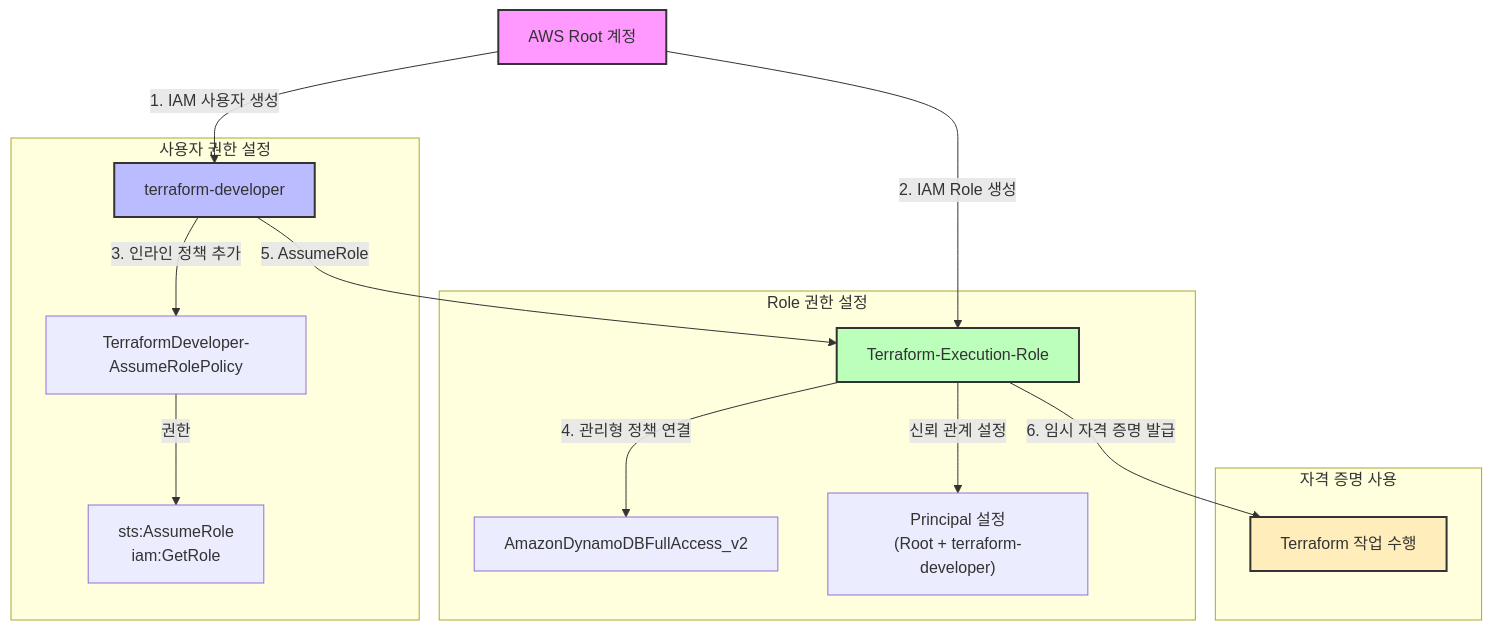
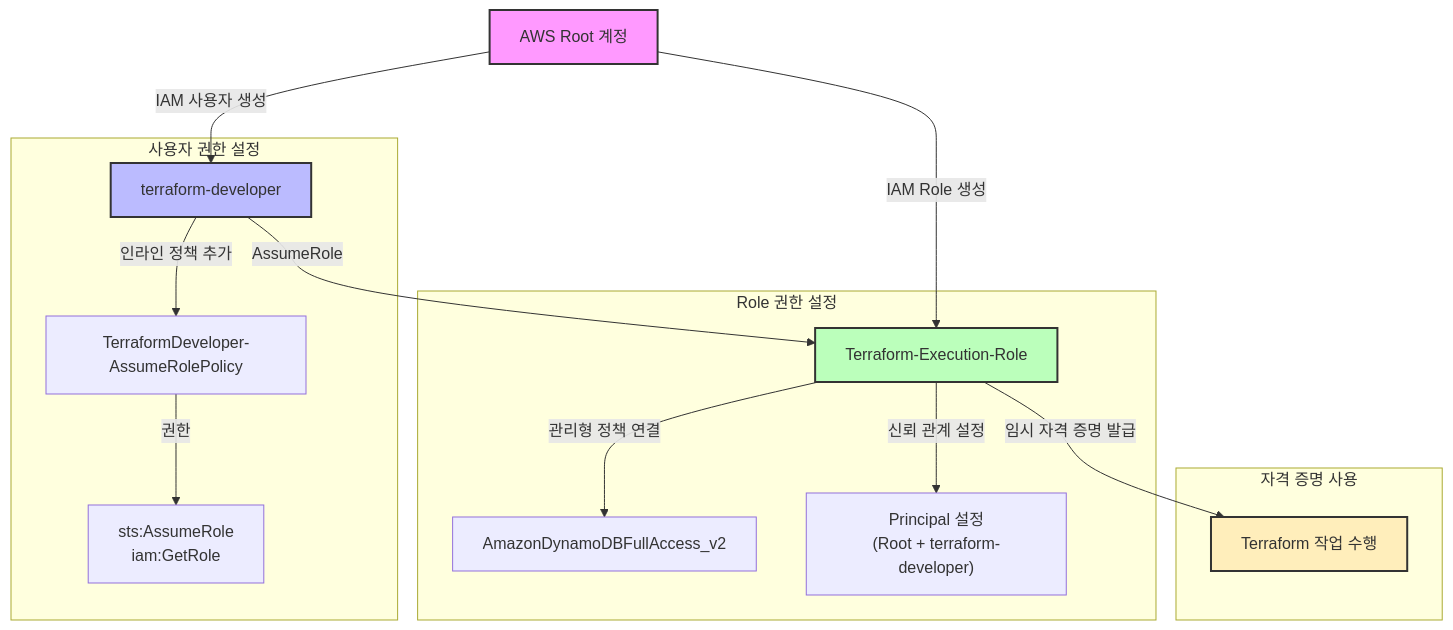
Before and after one commit to dongkoony/k8s-ec2-observability: the diagram in infra/terraform/README-kr.md, drawn with Mermaid.

Commit message:
docs: IAM 구성 다이어그램의 텍스트 간소화 - 설명을 간결하게 수정

````diff
--- a/infra/terraform/README-kr.md
+++ b/infra/terraform/README-kr.md
@@ -12,25 +12,25 @@
 ```mermaid
 graph TD
-    A[AWS Root 계정] -->|1. IAM 사용자 생성| B[terraform-developer]
-    A -->|2. IAM Role 생성| C[Terraform-Execution-Role]
+    A[AWS Root 계정] -->|IAM 사용자 생성| B[terraform-developer]
+    A -->|IAM Role 생성| C[Terraform-Execution-Role]
     
     subgraph "사용자 권한 설정"
-        B -->|3. 인라인 정책 추가| D[TerraformDeveloper-AssumeRolePolicy]
+        B -->|인라인 정책 추가| D[TerraformDeveloper-AssumeRolePolicy]
         D -->|권한| E["sts:AssumeRole</br>iam:GetRole"]
     end
     
     subgraph "Role 권한 설정"
-        C -->|4. 관리형 정책 연결| F[AmazonDynamoDBFullAccess_v2]
+        C -->|관리형 정책 연결| F[AmazonDynamoDBFullAccess_v2]
         C -->|신뢰 관계 설정| G["Principal 설정</br>(Root + terraform-developer)"]
     end
     
     subgraph "자격 증명 사용"
-        B -->|5. AssumeRole| C
-        C -->|6. 임시 자격 증명 발급| H[Terraform 작업 수행]
+        B -->|AssumeRole| C
+        C -->|임시 자격 증명 발급| H[Terraform 작업 수행]
     end
 
     style A fill:#f9f,stroke:#333,stroke-width:2px
     style B fill:#bbf,stroke:#333,stroke-width:2px
     style C fill:#bfb,stroke:#333,stroke-width:2px
     style H fill:#feb,stroke:#333,stroke-width:2px
 ```
````
